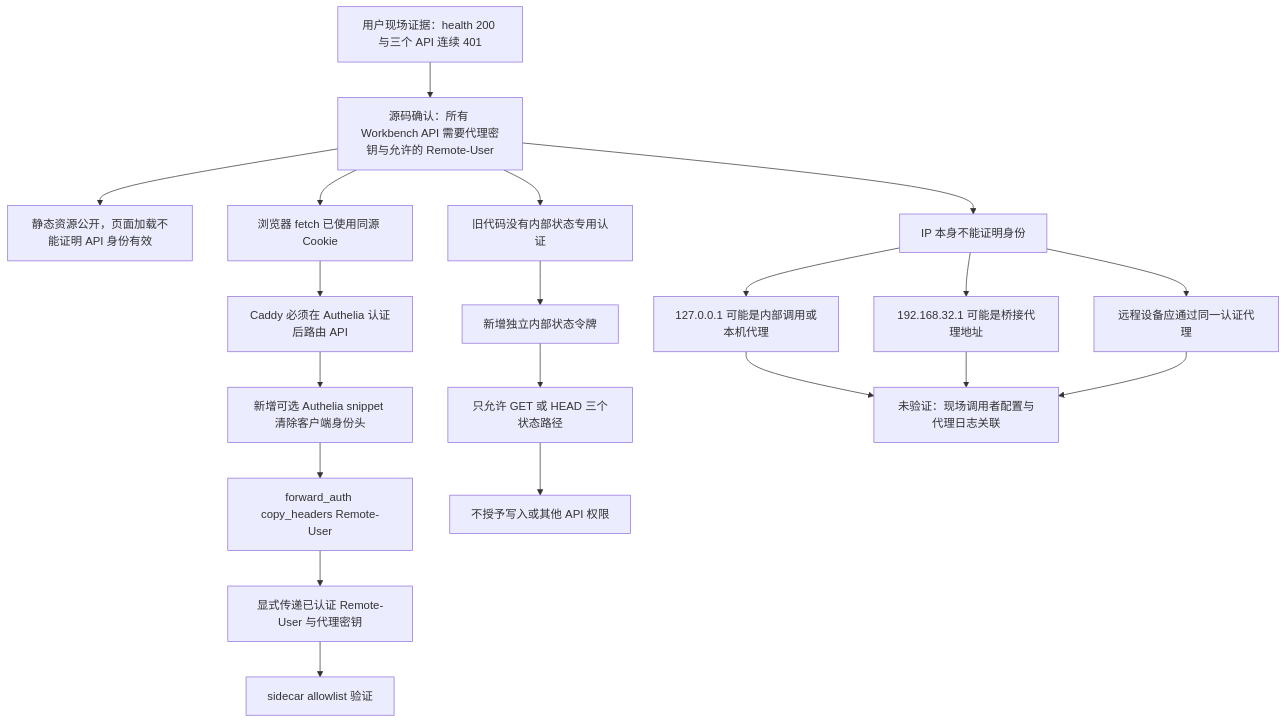
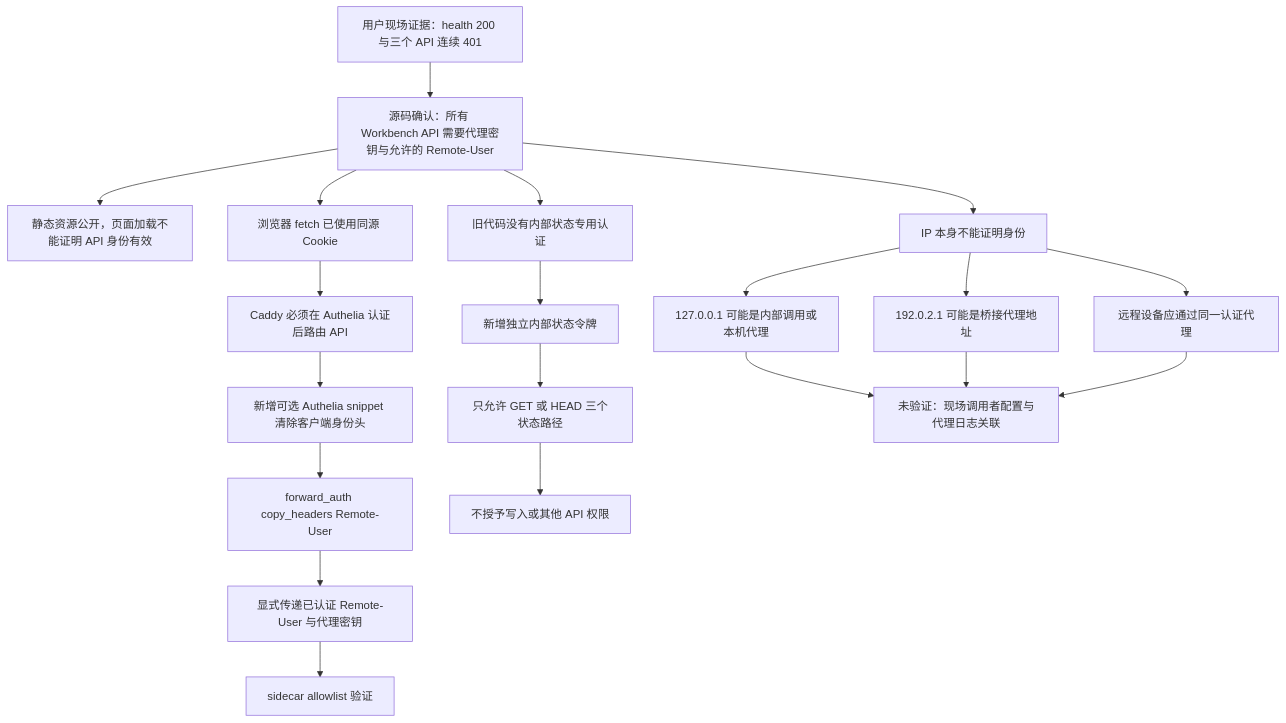
One commit to DeeliN221/hermes-workbench changed the first of 3 diagrams in FLEET_REPORT.md. Above: the diagram before and after it, drawn with Mermaid. The commit also changed 1 other file, not shown here.

Commit message:
test(auth): avoid private network literals in public checks

````diff
--- a/FLEET_REPORT.md
+++ b/FLEET_REPORT.md
@@ -12,23 +12,23 @@
 ```mermaid
 flowchart TD
     A[用户现场证据：health 200 与三个 API 连续 401]
     A --> B[源码确认：所有 Workbench API 需要代理密钥与允许的 Remote-User]
     B --> C[静态资源公开，页面加载不能证明 API 身份有效]
     B --> D[浏览器 fetch 已使用同源 Cookie]
     D --> E[Caddy 必须在 Authelia 认证后路由 API]
     E --> F[新增可选 Authelia snippet 清除客户端身份头]
     F --> G[forward_auth copy_headers Remote-User]
     G --> H[显式传递已认证 Remote-User 与代理密钥]
     H --> I[sidecar allowlist 验证]
     B --> J[旧代码没有内部状态专用认证]
     J --> K[新增独立内部状态令牌]
     K --> L[只允许 GET 或 HEAD 三个状态路径]
     L --> M[不授予写入或其他 API 权限]
     B --> N[IP 本身不能证明身份]
     N --> O[127.0.0.1 可能是内部调用或本机代理]
-    N --> P[192.168.32.1 可能是桥接代理地址]
+  N --> P[192.0.2.1 可能是桥接代理地址]
     N --> Q[远程设备应通过同一认证代理]
     O --> R[未验证：现场调用者配置与代理日志关联]
     P --> R
     Q --> R
 ```
````
